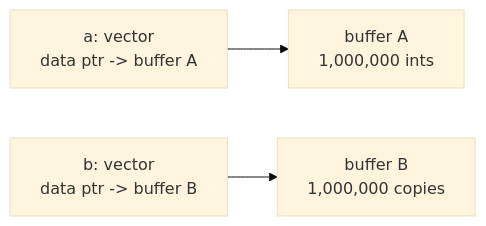
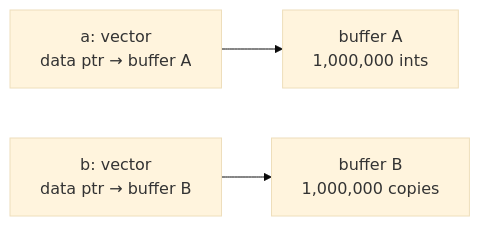
One commit to dataslope/dataslope changed the first of 2 diagrams in content/courses/from-zero-to-cpp/move-semantics-intuition.mdx. Above: the diagram before and after it, drawn with Mermaid (base theme). The commit also changed other lines of this file and 26 other files, not shown here.

````diff
--- a/content/courses/from-zero-to-cpp/move-semantics-intuition.mdx
+++ b/content/courses/from-zero-to-cpp/move-semantics-intuition.mdx
@@ -27,5 +27,5 @@
 ```mermaid
 flowchart LR
-    A["a: vector<br/>data ptr -> buffer A"] --> BA["buffer A<br/>1,000,000 ints"]
-    B["b: vector<br/>data ptr -> buffer B"] --> BB["buffer B<br/>1,000,000 copies"]
+    A["a: vector<br/>data ptr → buffer A"] --> BA["buffer A<br/>1,000,000 ints"]
+    B["b: vector<br/>data ptr → buffer B"] --> BB["buffer B<br/>1,000,000 copies"]
 ```
````
